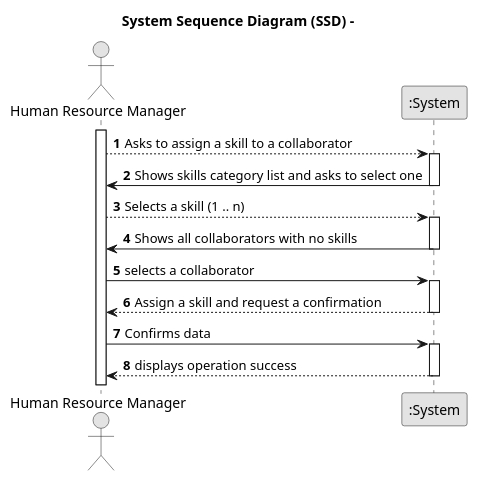
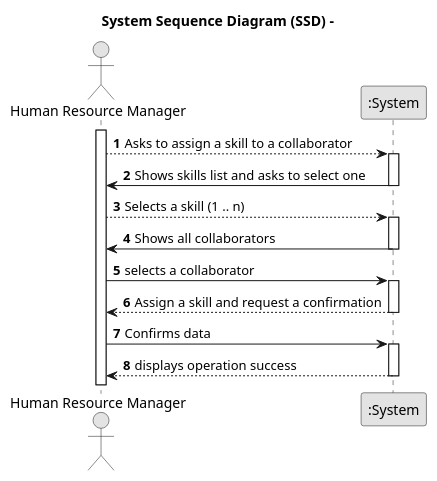
One commit to yusufyilmaz00/Integral-Project-ISEP changed the diagram in docs/sprintA/us004/01.requirements-engineering/puml/us006-system-sequence-diagram-alternative-one.puml. Above: the diagram before and after it, drawn with PlantUML. The commit also changed 13 other files, not shown here.

```diff
--- a/docs/sprintA/us004/01.requirements-engineering/puml/us006-system-sequence-diagram-alternative-one.puml
+++ b/docs/sprintA/us004/01.requirements-engineering/puml/us006-system-sequence-diagram-alternative-one.puml
@@ -1,40 +1,40 @@
 @startuml
 skinparam monochrome true
 skinparam packageStyle rectangle
 skinparam shadowing false
 
 title System Sequence Diagram (SSD) -
 
 autonumber
 
 actor "Human Resource Manager" as Employee
 participant ":System" as System
 
 activate Employee
 
    Employee --> System : Asks to assign a skill to a collaborator
        activate System
 
-    System -> Employee : Shows skills category list and asks to select one
+    System -> Employee : Shows skills list and asks to select one
     deactivate System
 
         Employee --> System : Selects a skill (1 .. n)
     activate System
 
-    System -> Employee : Shows all collaborators with no skills
+    System -> Employee : Shows all collaborators
     deactivate System
 
 
     Employee -> System : selects a collaborator
     activate System
 
         System --> Employee : Assign a skill and request a confirmation
     deactivate System
 
     Employee -> System : Confirms data
     activate System
 
         System --> Employee : displays operation success
     deactivate System
 
 @enduml
```
